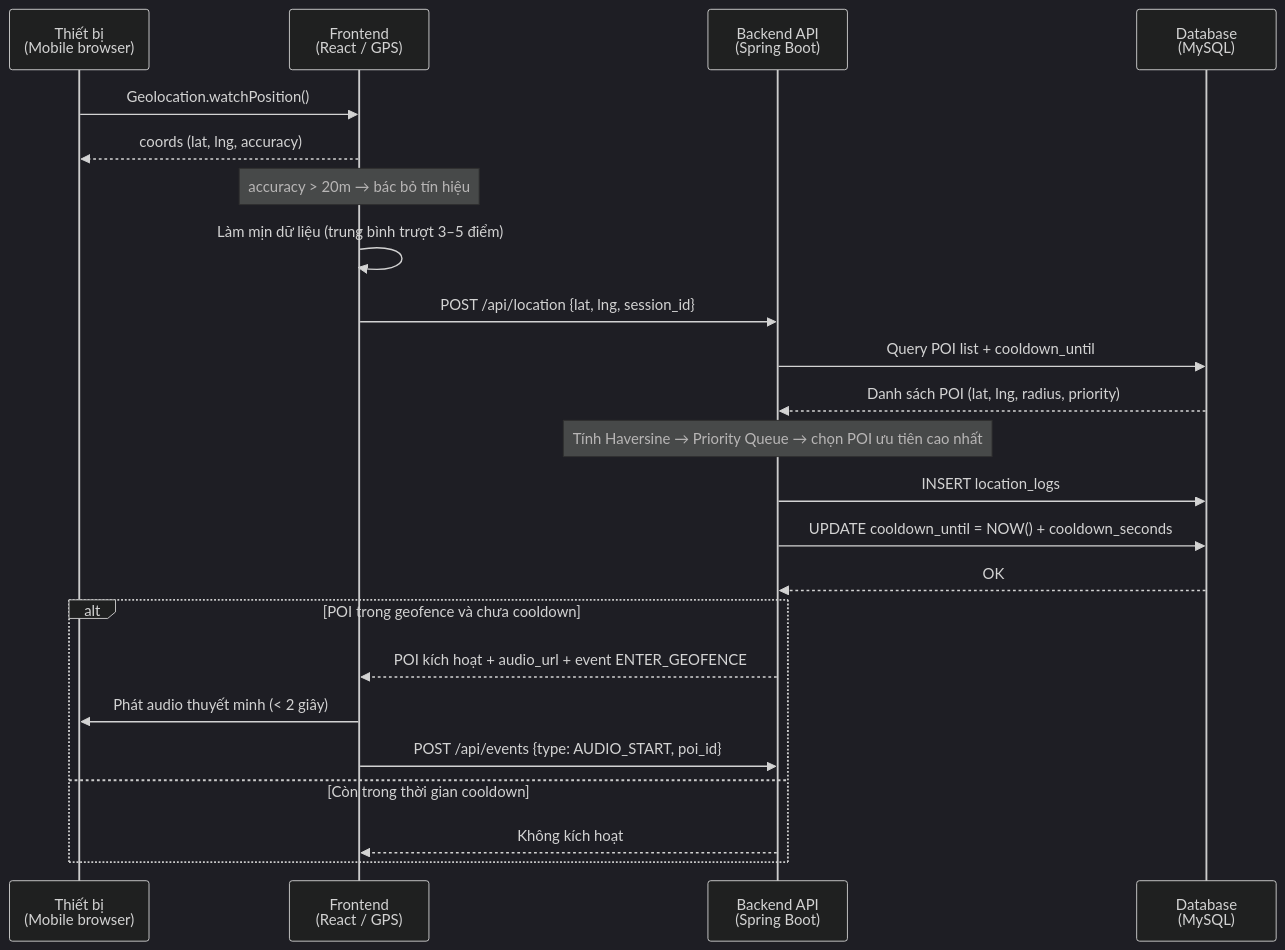
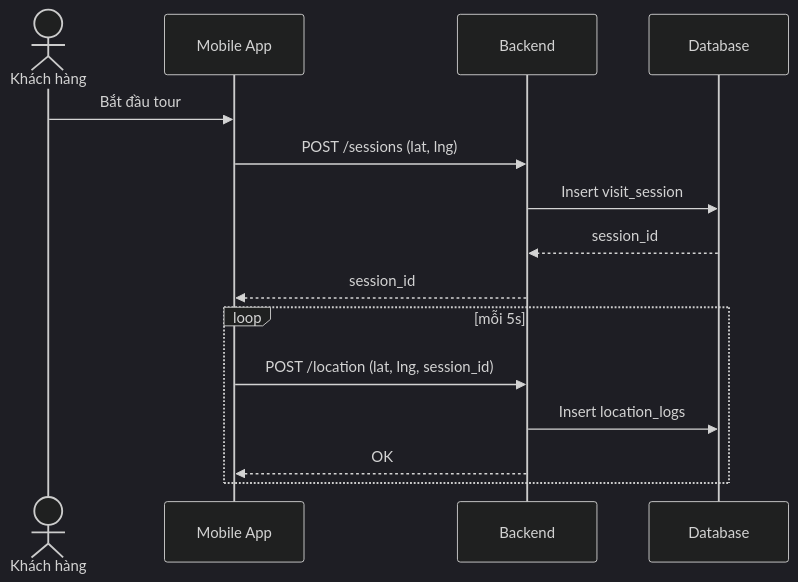
Before and after one commit to ThanhThaoBT/FoodStreet: the first of 10 diagrams in 4.3_SoDo_Sequence.md, drawn with Mermaid (dark theme). The commit also changed other lines of this file, not shown here.

````diff
--- a/4.3_SoDo_Sequence.md
+++ b/4.3_SoDo_Sequence.md
@@ -9,31 +7,21 @@
 ```mermaid
 sequenceDiagram
-    participant TB as Thiết bị<br/>(Mobile browser)
-    participant FE as Frontend<br/>(React / GPS)
-    participant BE as Backend API<br/>(Spring Boot)
-    participant DB as Database<br/>(MySQL)
+    actor KH as Khách hàng
+    participant FE as Mobile App
+    participant BE as Backend
+    participant DB as Database
 
-    TB->>FE: Geolocation.watchPosition()
-    FE-->>TB: coords (lat, lng, accuracy)
+    KH->>FE: Bắt đầu tour
+    FE->>BE: POST /sessions (lat, lng)
 
-    note over FE: accuracy > 20m → bác bỏ tín hiệu
+    BE->>DB: Insert visit_session
+    DB-->>BE: session_id
 
-    FE->>FE: Làm mịn dữ liệu (trung bình trượt 3–5 điểm)
-    FE->>BE: POST /api/location {lat, lng, session_id}
-    BE->>DB: Query POI list + cooldown_until
-    DB-->>BE: Danh sách POI (lat, lng, radius, priority)
+    BE-->>FE: session_id
 
-    note over BE: Tính Haversine → Priority Queue → chọn POI ưu tiên cao nhất
-
-    BE->>DB: INSERT location_logs
-    BE->>DB: UPDATE cooldown_until = NOW() + cooldown_seconds
-    DB-->>BE: OK
-
-    alt POI trong geofence và chưa cooldown
-        BE-->>FE: POI kích hoạt + audio_url + event ENTER_GEOFENCE
-        FE->>TB: Phát audio thuyết minh (< 2 giây)
-        FE->>BE: POST /api/events {type: AUDIO_START, poi_id}
-    else Còn trong thời gian cooldown
-        BE-->>FE: Không kích hoạt
+    loop mỗi 5s
+        FE->>BE: POST /location (lat, lng, session_id)
+        BE->>DB: Insert location_logs
+        BE-->>FE: OK
     end
 ```
````
